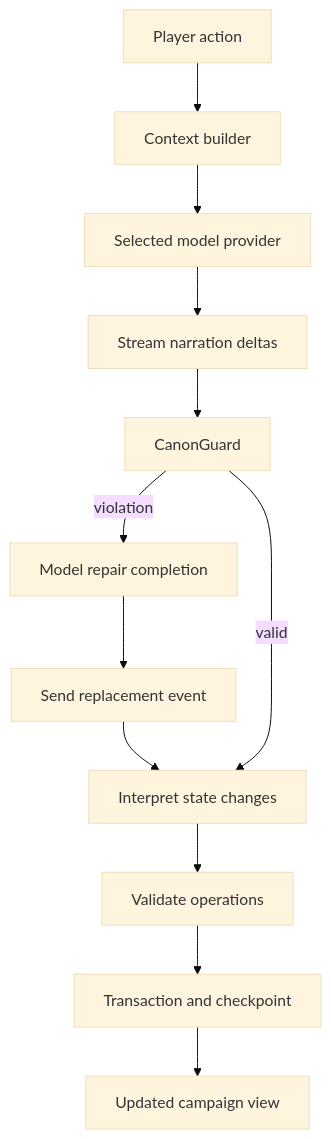
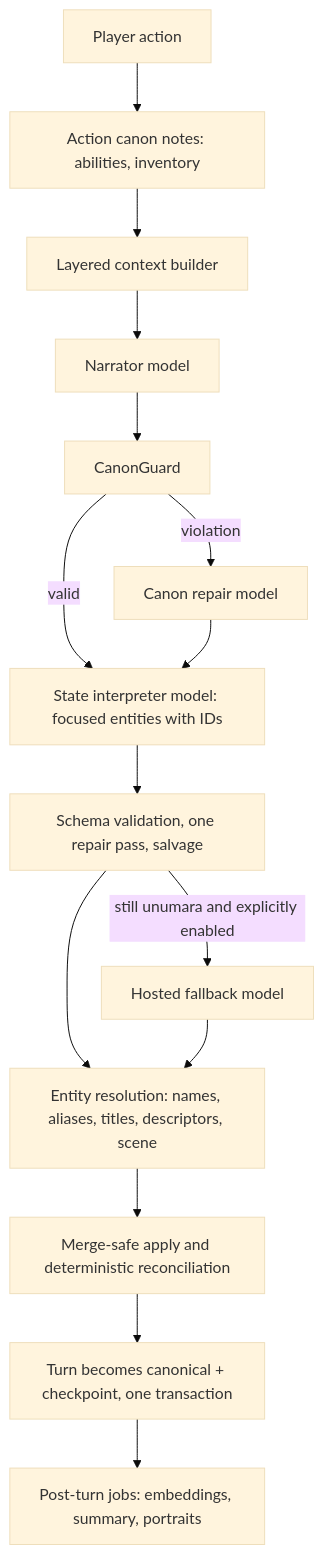
One commit to AtfastrSlushyMaker/boundless changed the second of 2 diagrams in docs/architecture.md. Above: the diagram before and after it, drawn with Mermaid (base theme). The commit also changed other lines of this file and 56 other files, not shown here.

````diff
--- a/docs/architecture.md
+++ b/docs/architecture.md
@@ -31,14 +31,17 @@
 ```mermaid
 flowchart TD
-  Action[Player action] --> Context[Context builder]
-  Context --> Model[Selected model provider]
-  Model --> Stream[Stream narration deltas]
-  Stream --> Guard[CanonGuard]
-  Guard -->|violation| Repair[Model repair completion]
-  Repair --> Replace[Send replacement event]
-  Replace --> Interpret[Interpret state changes]
-  Guard -->|valid| Interpret
-  Interpret --> Validate[Validate operations]
-  Validate --> Persist[Transaction and checkpoint]
-  Persist --> UI[Updated campaign view]
+  Action[Player action] --> Notes[Action canon notes: abilities, inventory]
+  Notes --> Context[Layered context builder]
+  Context --> Narrator[Narrator model]
+  Narrator --> Guard[CanonGuard]
+  Guard -->|violation| Repair[Canon repair model]
+  Guard -->|valid| Interpret[State interpreter model: focused entities with IDs]
+  Repair --> Interpret
+  Interpret --> Parse[Schema validation, one repair pass, salvage]
+  Parse -->|still unumara and explicitly enabled| Fallback[Hosted fallback model]
+  Parse --> Resolve[Entity resolution: names, aliases, titles, descriptors, scene]
+  Fallback --> Resolve
+  Resolve --> Reconcile[Merge-safe apply and deterministic reconciliation]
+  Reconcile --> Commit[Turn becomes canonical + checkpoint, one transaction]
+  Commit --> Jobs[Post-turn jobs: embeddings, summary, portraits]
 ```
````
